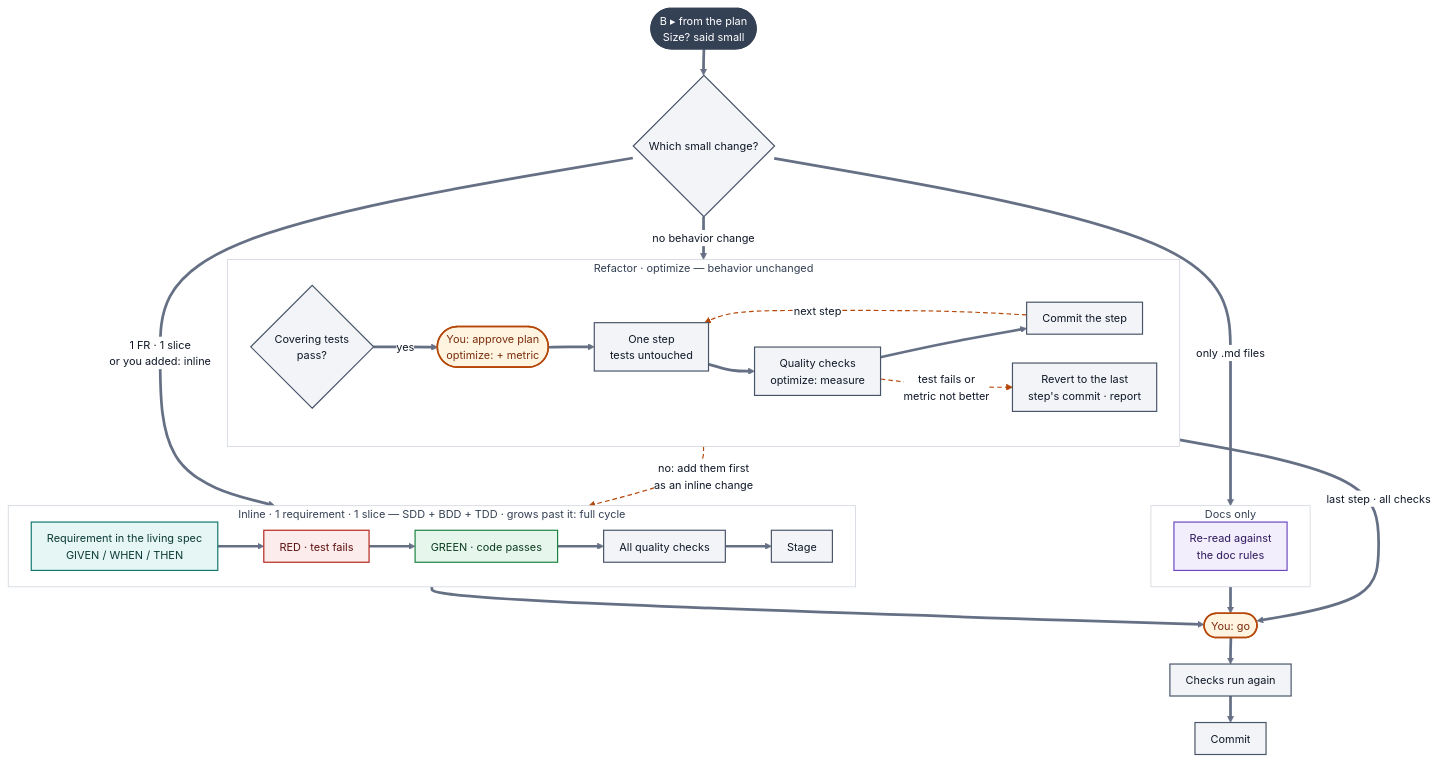
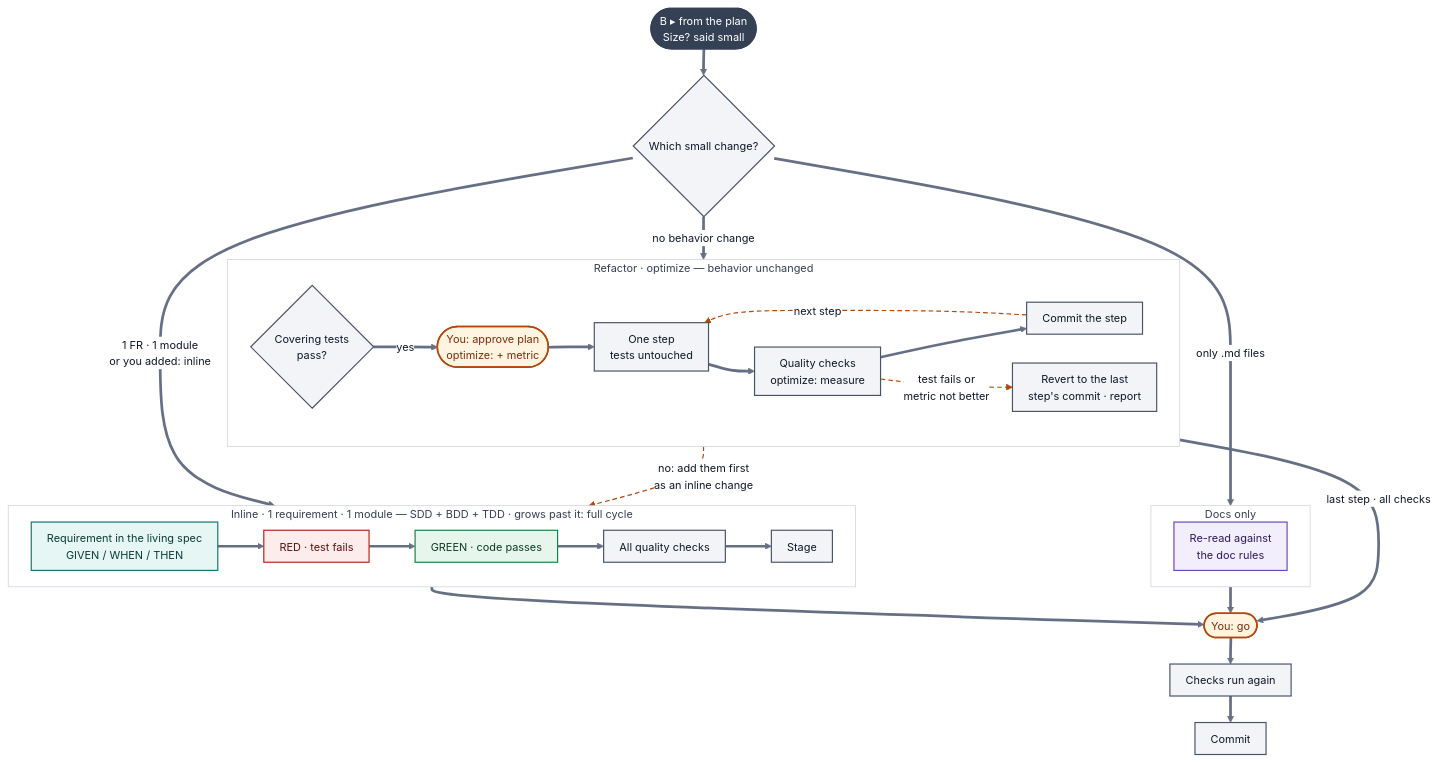
The third of 3 diagrams in README.md (stevenhdz/spec-driven-development), drawn with Mermaid before and after one commit. The commit also changed other lines of this file and 8 other files, not shown here.

Commit message:
refactor: architecture-agnostic — modules, Vertical Slice suggested

````diff
--- a/README.md
+++ b/README.md
@@ -177,50 +177,50 @@
 ```mermaid
 %%{init: {"theme": "base", "themeVariables": {"fontFamily": "-apple-system, BlinkMacSystemFont, Segoe UI, Noto Sans, Helvetica, Arial, sans-serif", "fontSize": "14px", "lineColor": "#667085", "primaryTextColor": "#101828", "clusterBkg": "#FFFFFF", "clusterBorder": "#D0D5DD", "edgeLabelBackground": "#FFFFFF", "titleColor": "#344054"}, "flowchart": {"curve": "basis", "nodeSpacing": 22, "rankSpacing": 34, "padding": 10}}}%%
 flowchart TB
     FB(["B ▸ from the plan<br>Size? said small"]):::conn
     SZ{"Which small change?"}:::auto
     FB ==> SZ
-    subgraph IN ["Inline · 1 requirement · 1 slice — SDD + BDD + TDD · grows past it: full cycle"]
+    subgraph IN ["Inline · 1 requirement · 1 module — SDD + BDD + TDD · grows past it: full cycle"]
         direction LR
         E["Requirement in the living spec<br>GIVEN / WHEN / THEN"]:::bdd
         TR["RED · test fails"]:::red
         TG["GREEN · code passes"]:::green
         F["All quality checks"]:::auto
         FS["Stage"]:::auto
         E ==> TR ==> TG ==> F ==> FS
     end
     subgraph RF ["Refactor · optimize — behavior unchanged"]
         direction LR
         RT{"Covering tests<br>pass?"}:::auto
         RP(["You: approve plan<br>optimize: + metric"]):::human
         RS["One step<br>tests untouched"]:::auto
         RC["Quality checks<br>optimize: measure"]:::auto
         RK["Commit the step"]:::auto
         RB["Revert to the last<br>step's commit · report"]:::auto
         RT ==>|yes| RP ==> RS ==> RC ==> RK
         RK -.->|next step| RS
         RC -.->|"test fails or<br>metric not better"| RB
     end
     subgraph DC ["Docs only"]
         DO["Re-read against<br>the doc rules"]:::sdd
     end
-    SZ ==>|"1 FR · 1 slice<br>or you added: inline"| IN
+    SZ ==>|"1 FR · 1 module<br>or you added: inline"| IN
     SZ ==>|"no behavior change"| RF
     SZ ==>|"only .md files"| DC
     RT -.->|"no: add them first<br>as an inline change"| IN
     IN ==> G(["You: go"]):::human
     RF ==>|"last step · all checks"| G
     DC ==> G
     G ==> HK["Checks run again"]:::auto
     HK ==> K["Commit"]:::auto
     classDef research fill:#EAF0FB,stroke:#3B5BA9,stroke-width:1.5px,color:#1E2A44
     classDef sdd fill:#F3EEFC,stroke:#6B46C1,stroke-width:1.5px,color:#2E1A5E
     classDef bdd fill:#E6F6F4,stroke:#0F766E,stroke-width:1.5px,color:#0B3B36
     classDef red fill:#FDECEC,stroke:#B42318,stroke-width:1.5px,color:#5C1010
     classDef green fill:#E7F6EC,stroke:#15803D,stroke-width:1.5px,color:#0B3D1E
     classDef auto fill:#F2F4F7,stroke:#475467,stroke-width:1.5px,color:#101828
     classDef human fill:#FFF4E0,stroke:#B54708,stroke-width:2px,color:#7A2E0E
     classDef note fill:#FFFFFF,stroke:#B54708,stroke-width:1px,stroke-dasharray:4 3,color:#7A2E0E
     classDef conn fill:#344054,stroke:#344054,stroke-width:1.5px,color:#FFFFFF
     linkStyle 9,10,14 stroke:#B54708,stroke-width:1.5px,stroke-dasharray:6 4
 ```
````
